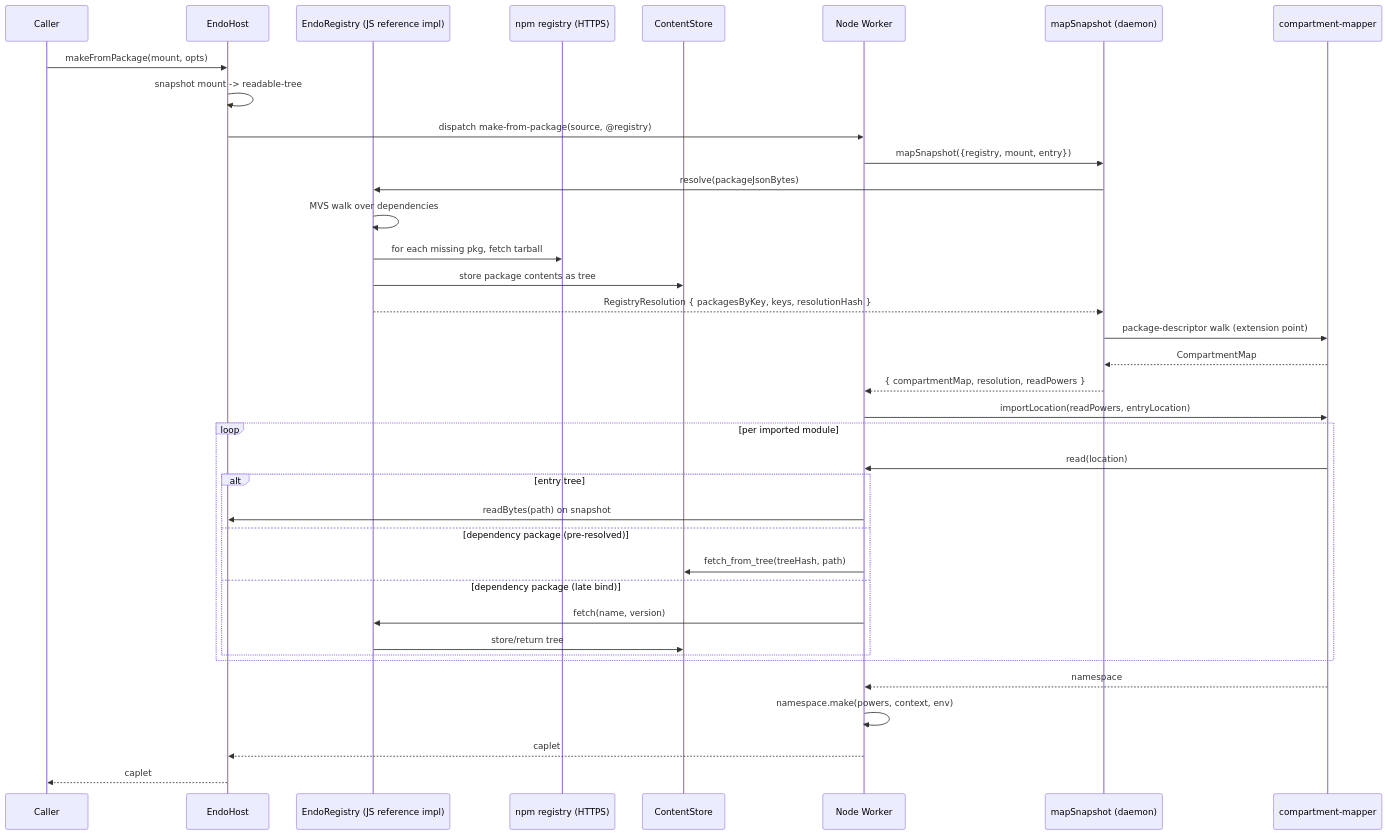
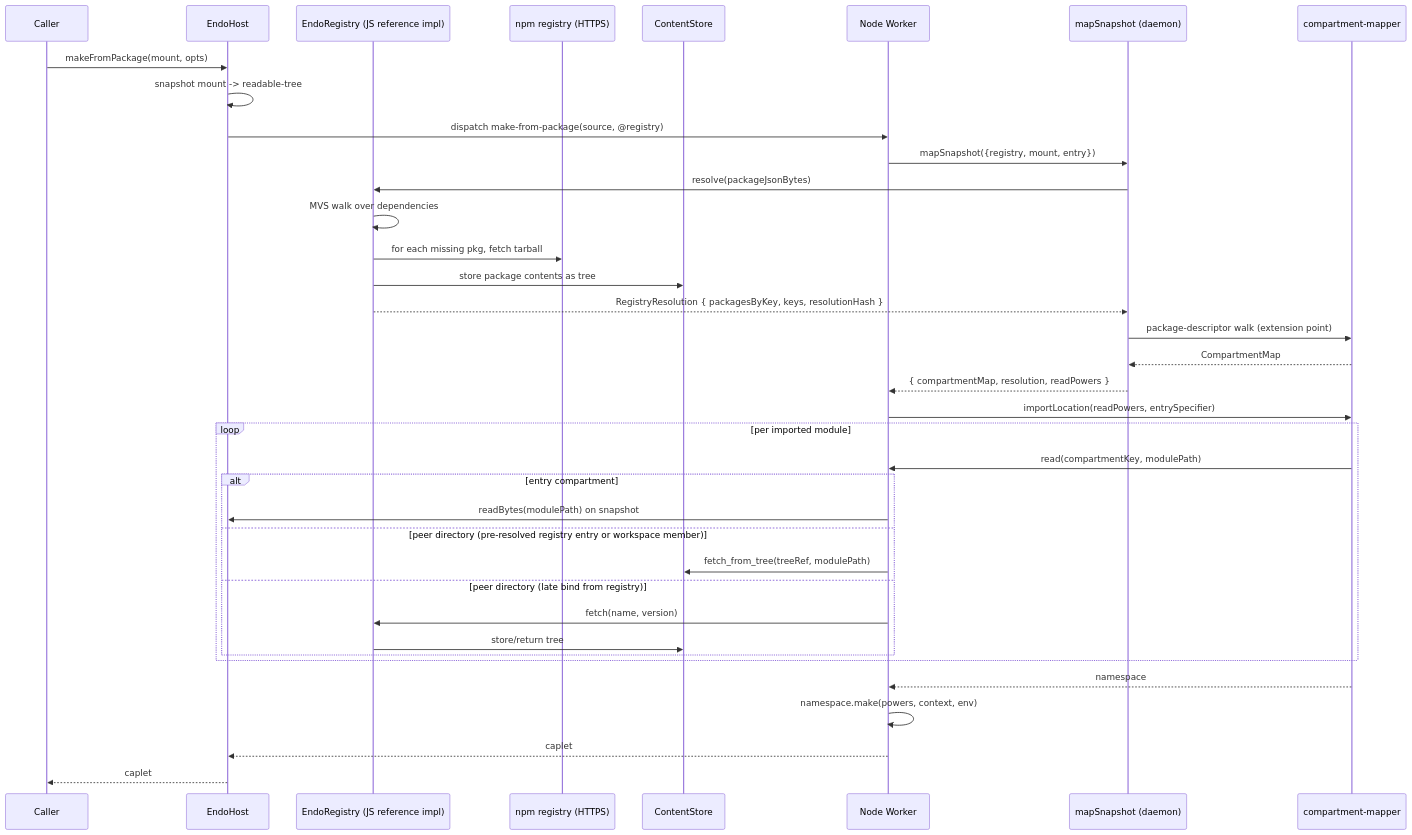
The diagram in designs/daemon-worker-import-from-mount.md (jbotson/endo-but-for-bots), drawn with Mermaid before and after one commit. The commit also changed other lines of this file, not shown here.

First line of the commit message:
design(daemon-worker-import-integration): reflect snapshot-mapper layout change (round-2)

````diff
--- a/designs/daemon-worker-import-from-mount.md
+++ b/designs/daemon-worker-import-from-mount.md
@@ -433,40 +439,40 @@
 ```mermaid
 sequenceDiagram
     participant Caller
     participant Host as EndoHost
     participant Reg as EndoRegistry (JS reference impl)
     participant Net as npm registry (HTTPS)
     participant CAS as ContentStore
     participant Worker as Node Worker
     participant MS as mapSnapshot (daemon)
     participant CM as compartment-mapper
 
     Caller->>Host: makeFromPackage(mount, opts)
     Host->>Host: snapshot mount -> readable-tree
     Host->>Worker: dispatch make-from-package(source, @registry)
     Worker->>MS: mapSnapshot({registry, mount, entry})
     MS->>Reg: resolve(packageJsonBytes)
     Reg->>Reg: MVS walk over dependencies
     Reg->>Net: for each missing pkg, fetch tarball
     Reg->>CAS: store package contents as tree
     Reg-->>MS: RegistryResolution { packagesByKey, keys, resolutionHash }
     MS->>CM: package-descriptor walk (extension point)
     CM-->>MS: CompartmentMap
     MS-->>Worker: { compartmentMap, resolution, readPowers }
-    Worker->>CM: importLocation(readPowers, entryLocation)
+    Worker->>CM: importLocation(readPowers, entrySpecifier)
     loop per imported module
-        CM->>Worker: read(location)
-        alt entry tree
-            Worker->>Host: readBytes(path) on snapshot
-        else dependency package (pre-resolved)
-            Worker->>CAS: fetch_from_tree(treeHash, path)
-        else dependency package (late bind)
+        CM->>Worker: read(compartmentKey, modulePath)
+        alt entry compartment
+            Worker->>Host: readBytes(modulePath) on snapshot
+        else peer directory (pre-resolved registry entry or workspace member)
+            Worker->>CAS: fetch_from_tree(treeRef, modulePath)
+        else peer directory (late bind from registry)
             Worker->>Reg: fetch(name, version)
             Reg->>CAS: store/return tree
         end
     end
     CM-->>Worker: namespace
     Worker->>Worker: namespace.make(powers, context, env)
     Worker-->>Host: caplet
     Host-->>Caller: caplet
 ```
````
